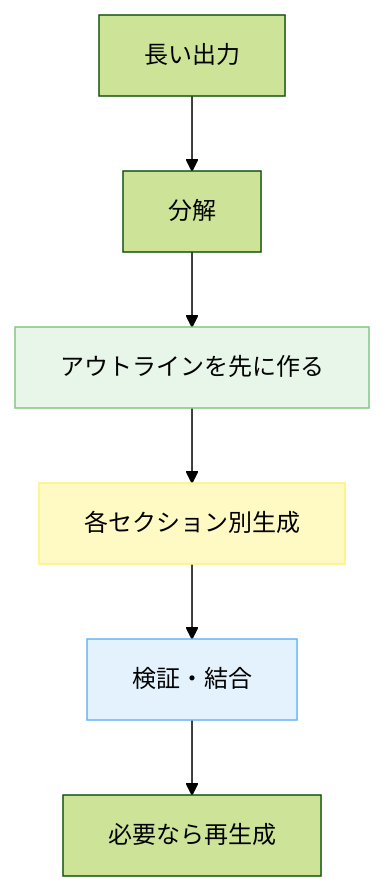
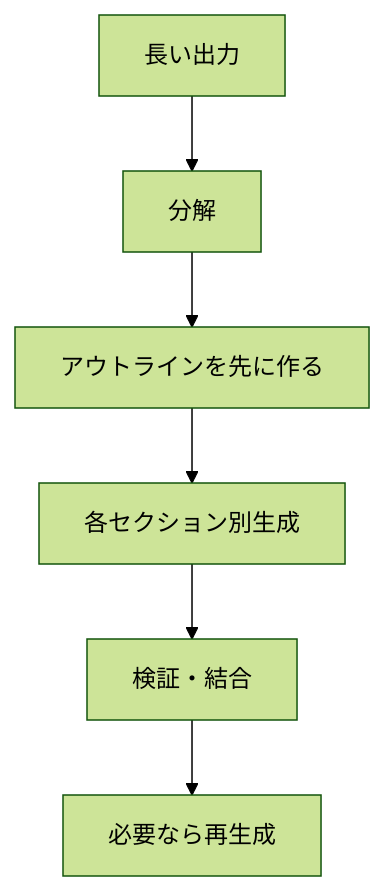
One commit to dinekt/dinekt-wiki changed the third of 3 diagrams in docs/patterns/長い出力を生成させるときの-5-つの失敗.md. Above: the diagram before and after it, drawn with Mermaid (forest theme). The commit also changed other lines of this file and 70 other files, not shown here.

First line of the commit message:
fix(mermaid): strip all inline styling, rely on theme

````diff
--- a/docs/patterns/長い出力を生成させるときの-5-つの失敗.md
+++ b/docs/patterns/長い出力を生成させるときの-5-つの失敗.md
@@ -102,12 +100,9 @@
 ```mermaid
 flowchart TD
     L[長い出力] --> D[分解]
     D --> O[アウトラインを先に作る]
     O --> S[各セクション別生成]
     S --> C[検証・結合]
     C --> R[必要なら再生成]
 
-    style O fill:#e8f5e9,stroke:#81c784,color:#000
-    style S fill:#fff9c4,stroke:#fff176,color:#000
-    style C fill:#e3f2fd,stroke:#64b5f6,color:#000
 ```
````
